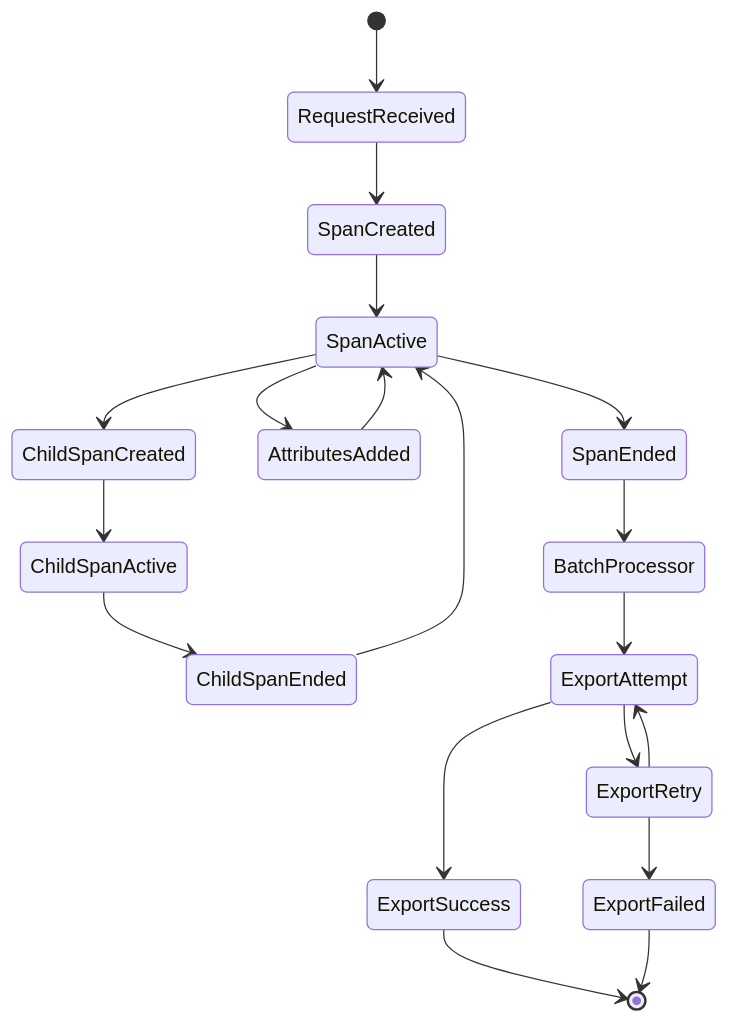
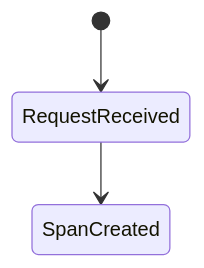
One commit to 3DHDSoft/devmultiplier-academy changed the fourth of 5 diagrams in doc/opentelemetry_architecture.md. Above: the diagram before and after it, drawn with Mermaid. The commit also changed other lines of this file and 19 other files, not shown here.

````diff
--- a/doc/opentelemetry_architecture.md
+++ b/doc/opentelemetry_architecture.md
@@ -346,21 +346,21 @@
 ```mermaid
 stateDiagram-v2
   [*] --> RequestReceived
   RequestReceived --> SpanCreated
-  SpanCreated --> SpanActive
+%%{init: {'theme': 'default'ive
   SpanActive --> ChildSpanCreated
   ChildSpanCreated --> ChildSpanActive
   ChildSpanActive --> ChildSpanEnded
   ChildSpanEnded --> SpanActive
   SpanActive --> AttributesAdded
   AttributesAdded --> SpanActive
   SpanActive --> SpanEnded
   SpanEnded --> BatchProcessor
   BatchProcessor --> ExportAttempt
   ExportAttempt --> ExportSuccess
   ExportAttempt --> ExportRetry
   ExportRetry --> ExportAttempt
   ExportRetry --> ExportFailed
   ExportSuccess --> [*]
   ExportFailed --> [*]
 ```
````
